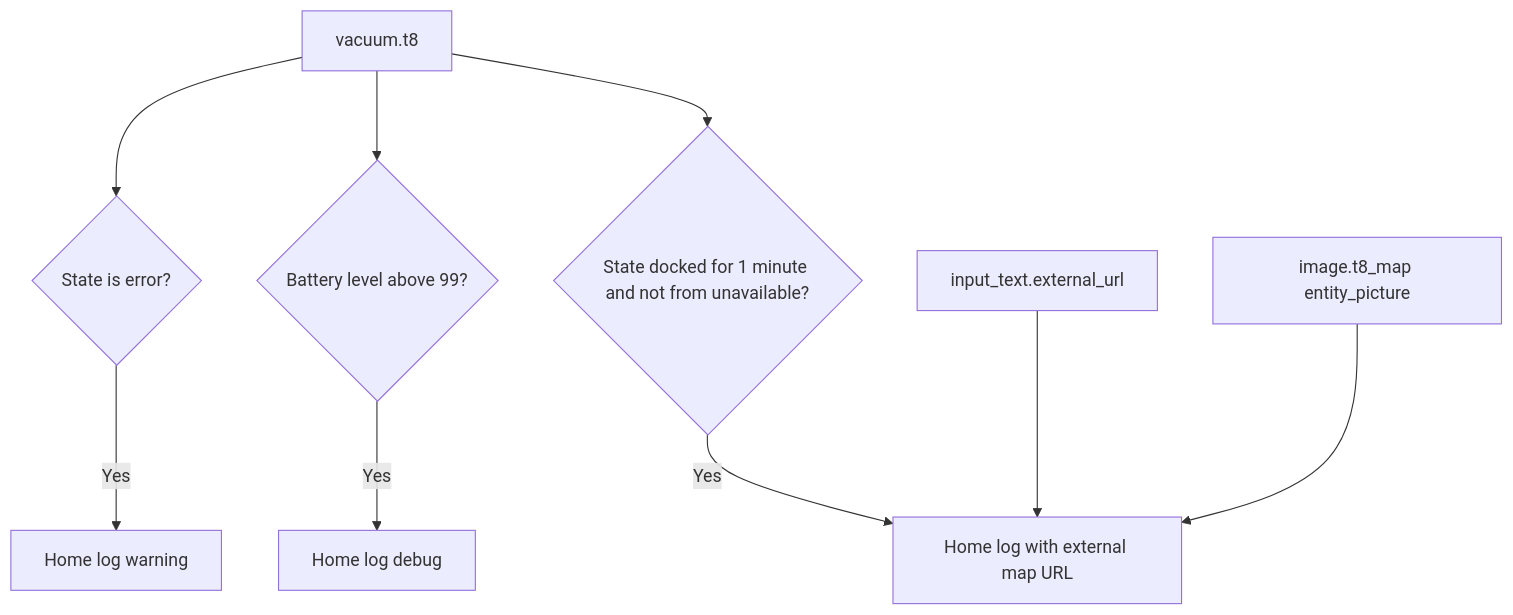
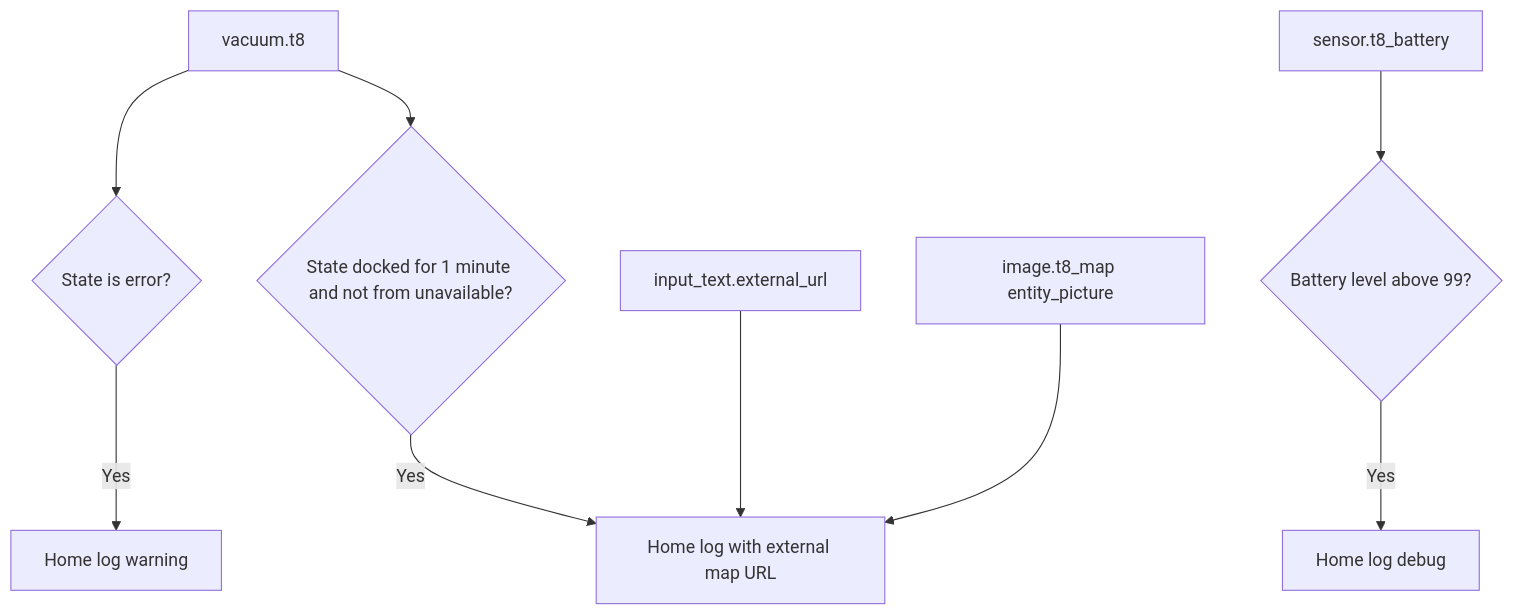
One commit to dannytsang/homeassistant-config changed the diagram in packages/integrations/cleaning_README.md. Above: the diagram before and after it, drawn with Mermaid. The commit also changed other lines of this file and 8 other files, not shown here.

````diff
--- a/packages/integrations/cleaning_README.md
+++ b/packages/integrations/cleaning_README.md
@@ -26,11 +26,11 @@
 ```mermaid
 flowchart TD
     Vacuum[vacuum.t8] --> Error{State is error?}
-    Vacuum --> Charged{Battery level above 99?}
+    Battery[sensor.t8_battery] --> Charged{Battery level above 99?}
     Vacuum --> Docked{State docked for 1 minute and not from unavailable?}
     Error -->|Yes| ErrorLog[Home log warning]
     Charged -->|Yes| ChargedLog[Home log debug]
     Docked -->|Yes| MapLog[Home log with external map URL]
     External[input_text.external_url] --> MapLog
     Map[image.t8_map entity_picture] --> MapLog
 ```
````
